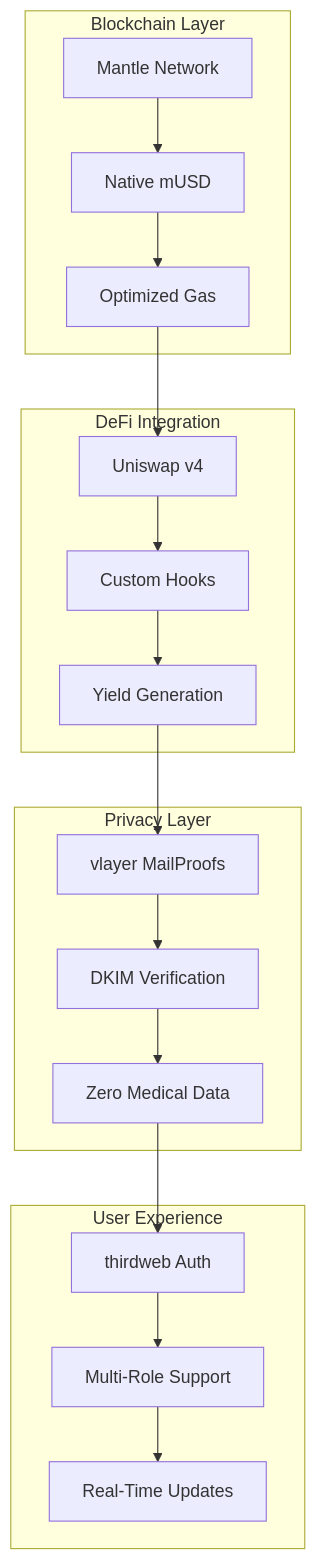
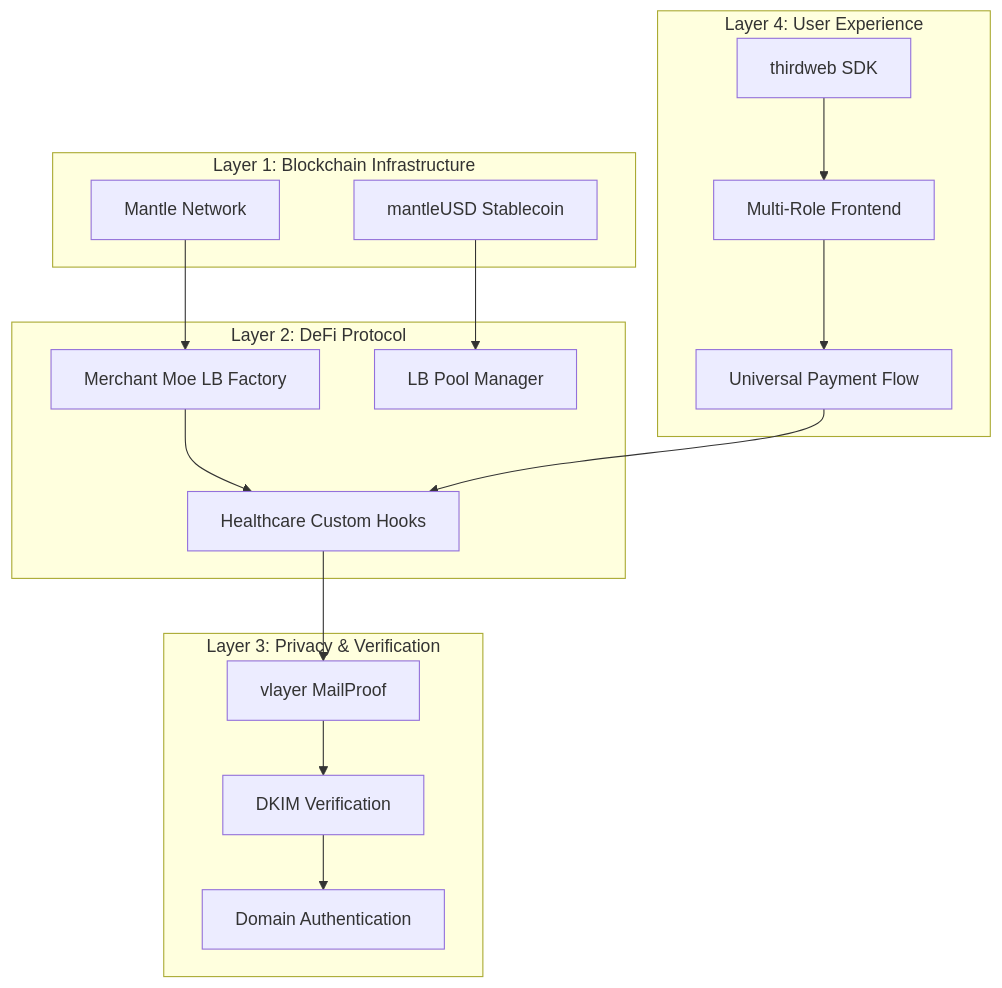
One commit to ppezzull/zkMed changed the eighth of 8 diagrams in memory-bank/systemPatterns.md. Above: the diagram before and after it, drawn with Mermaid. The commit also changed other lines of this file and 3 other files, not shown here.

````diff
--- a/memory-bank/systemPatterns.md
+++ b/memory-bank/systemPatterns.md
@@ -482,25 +394,38 @@
 ```mermaid
 graph TB
-    subgraph "Blockchain Layer"
-        A[Mantle Network] --> B[Native mUSD]
-        B --> C[Optimized Gas]
+    subgraph "Layer 1: Blockchain Infrastructure"
+        A[Mantle Network]
+        B[mantleUSD Stablecoin]
     end
     
-    subgraph "DeFi Integration"
-        C --> D[Uniswap v4]
-        D --> E[Custom Hooks]
-        E --> F[Yield Generation]
+    subgraph "Layer 2: DeFi Protocol"
+        C[Merchant Moe LB Factory]
+        D[LB Pool Manager]
+        E[Healthcare Custom Hooks]
     end
     
-    subgraph "Privacy Layer"
-        F --> G[vlayer MailProofs]
-        G --> H[DKIM Verification]
-        H --> I[Zero Medical Data]
+    subgraph "Layer 3: Privacy & Verification"
+        F[vlayer MailProof]
+        G[DKIM Verification]
+        H[Domain Authentication]
     end
     
-    subgraph "User Experience"
-        I --> J[thirdweb Auth]
-        J --> K[Multi-Role Support]
-        K --> L[Real-Time Updates]
+    subgraph "Layer 4: User Experience"
+        I[thirdweb SDK]
+        J[Multi-Role Frontend]
+        K[Universal Payment Flow]
     end
+    
+    A --> C
+    B --> D
+    C --> E
+    
+    F --> G
+    G --> H
+    
+    I --> J
+    J --> K
+    
+    E --> F
+    K --> E
 ```
````
